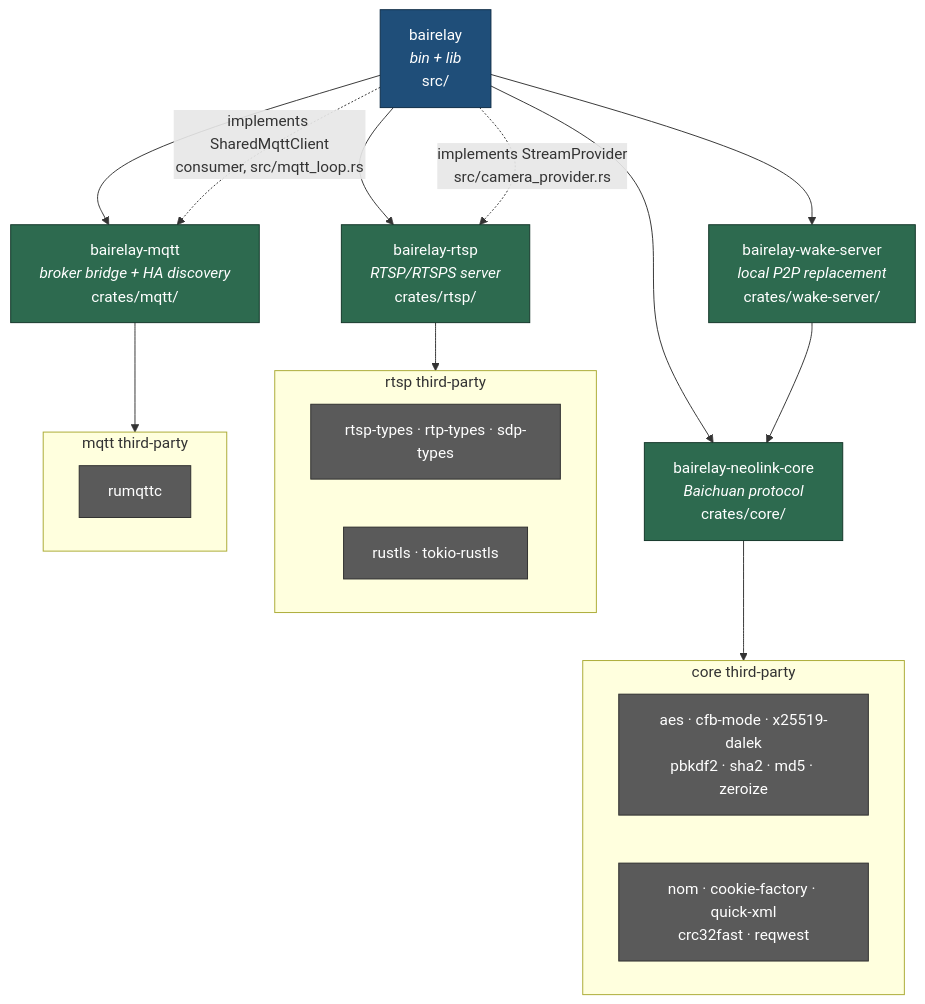
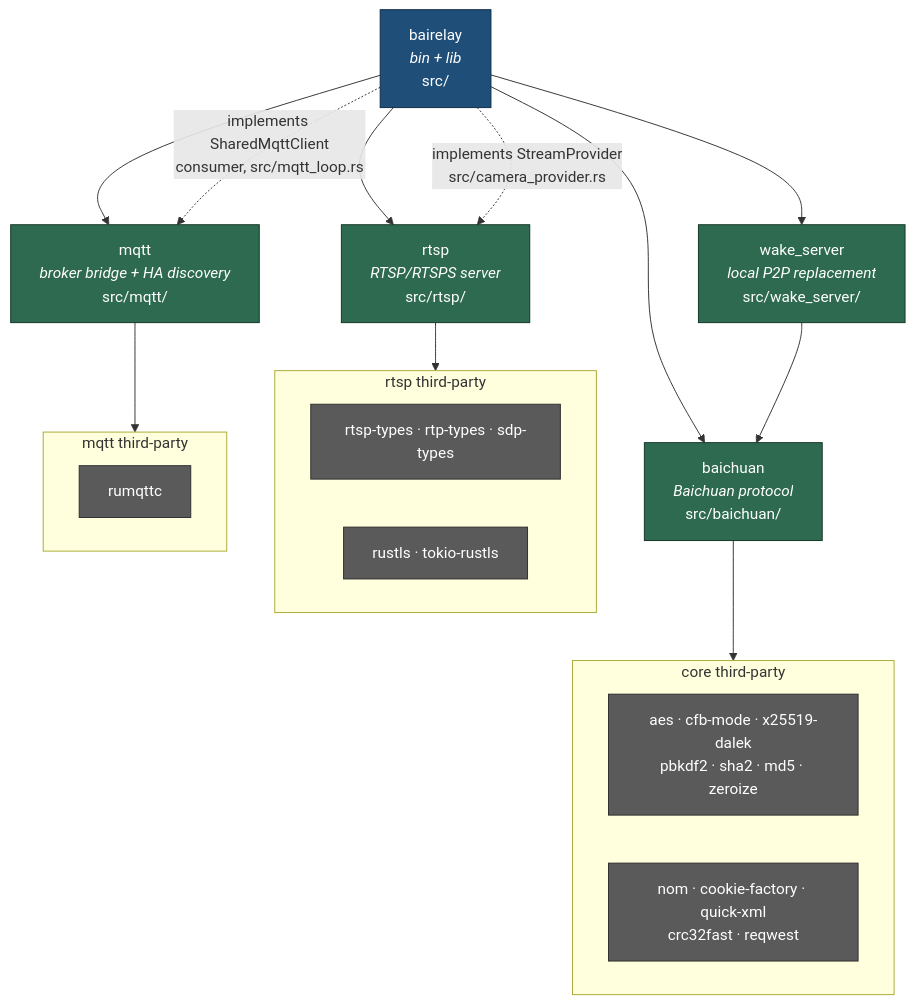
One commit to hsoj/bairelay changed the first of 14 diagrams in docs/code-paths.md. Above: the diagram before and after it, drawn with Mermaid. The commit also changed other lines of this file and 369 other files, not shown here.

````diff
--- a/docs/code-paths.md
+++ b/docs/code-paths.md
@@ -18,45 +18,45 @@
 ```mermaid
 graph TD
     BIN["bairelay<br/><i>bin + lib</i><br/>src/"]
 
-    CORE["bairelay-neolink-core<br/><i>Baichuan protocol</i><br/>crates/core/"]
-    RTSP["bairelay-rtsp<br/><i>RTSP/RTSPS server</i><br/>crates/rtsp/"]
-    MQTT["bairelay-mqtt<br/><i>broker bridge + HA discovery</i><br/>crates/mqtt/"]
-    WAKE["bairelay-wake-server<br/><i>local P2P replacement</i><br/>crates/wake-server/"]
+    CORE["baichuan<br/><i>Baichuan protocol</i><br/>src/baichuan/"]
+    RTSP["rtsp<br/><i>RTSP/RTSPS server</i><br/>src/rtsp/"]
+    MQTT["mqtt<br/><i>broker bridge + HA discovery</i><br/>src/mqtt/"]
+    WAKE["wake_server<br/><i>local P2P replacement</i><br/>src/wake_server/"]
 
     BIN --> CORE
     BIN --> RTSP
     BIN --> MQTT
     BIN --> WAKE
     WAKE --> CORE
 
     BIN -.->|"implements StreamProvider<br/>src/camera_provider.rs"| RTSP
     BIN -.->|"implements SharedMqttClient<br/>consumer, src/mqtt_loop.rs"| MQTT
 
     subgraph ext_core ["core third-party"]
         direction LR
         E1["aes · cfb-mode · x25519-dalek<br/>pbkdf2 · sha2 · md5 · zeroize"]
         E2["nom · cookie-factory · quick-xml<br/>crc32fast · reqwest"]
     end
 
     subgraph ext_rtsp ["rtsp third-party"]
         direction LR
         E3["rtsp-types · rtp-types · sdp-types"]
         E4["rustls · tokio-rustls"]
     end
 
     subgraph ext_mqtt ["mqtt third-party"]
         E5["rumqttc"]
     end
 
     CORE --> ext_core
     RTSP --> ext_rtsp
     MQTT --> ext_mqtt
 
     classDef bin fill:#1f4e79,stroke:#0d2b45,color:#fff
     classDef lib fill:#2d6a4f,stroke:#123528,color:#fff
     classDef ext fill:#5a5a5a,stroke:#2e2e2e,color:#fff
     class BIN bin
     class CORE,RTSP,MQTT,WAKE lib
     class E1,E2,E3,E4,E5 ext
 ```
````
